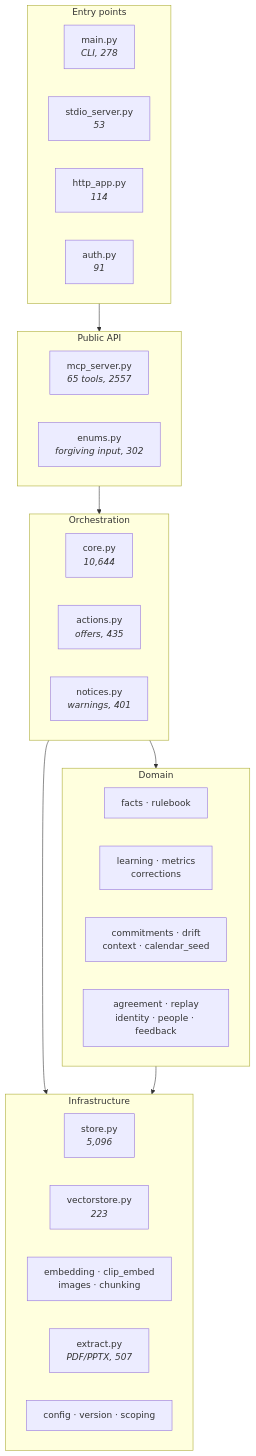
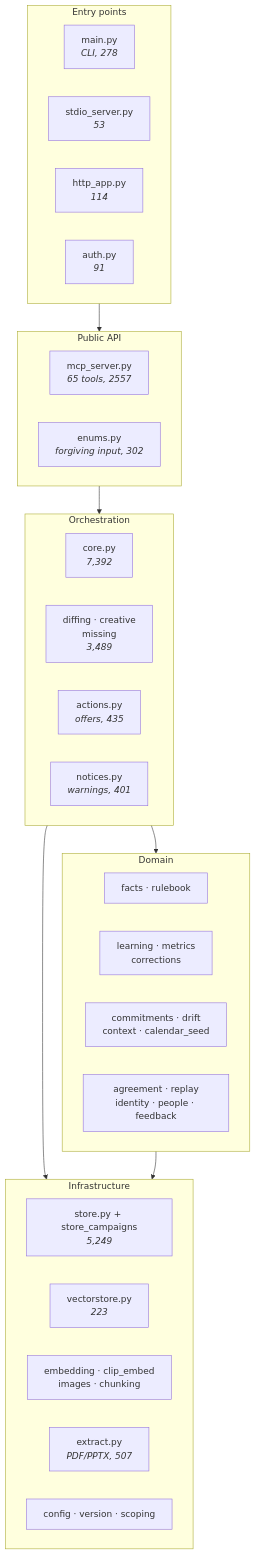
The diagram in code-walkthrough.md (nilubhatt/campaign-poc), drawn with Mermaid before and after one commit. The commit also changed other lines of this file and 1 other file, not shown here.

First line of the commit message:
ci: bound the installer steps; docs: follow the split

````diff
--- a/code-walkthrough.md
+++ b/code-walkthrough.md
@@ -15,34 +15,35 @@
 ```mermaid
 flowchart TB
     subgraph entry["Entry points"]
         main["main.py<br/><i>CLI, 278</i>"]
         stdio["stdio_server.py<br/><i>53</i>"]
         http["http_app.py<br/><i>114</i>"]
         auth["auth.py<br/><i>91</i>"]
     end
     subgraph api["Public API"]
         mcp["mcp_server.py<br/><i>65 tools, 2557</i>"]
         enums["enums.py<br/><i>forgiving input, 302</i>"]
     end
     subgraph orch["Orchestration"]
-        core["core.py<br/><i>10,644</i>"]
+        core["core.py<br/><i>7,392</i>"]
+        split["diffing · creative<br/>missing<br/><i>3,489</i>"]
         actions["actions.py<br/><i>offers, 435</i>"]
         notices["notices.py<br/><i>warnings, 401</i>"]
     end
     subgraph dom["Domain"]
         facts["facts · rulebook"]
         learn["learning · metrics<br/>corrections"]
         exec["commitments · drift<br/>context · calendar_seed"]
         judge["agreement · replay<br/>identity · people · feedback"]
     end
     subgraph infra["Infrastructure"]
-        store["store.py<br/><i>5,096</i>"]
+        store["store.py + store_campaigns<br/><i>5,249</i>"]
         vec["vectorstore.py<br/><i>223</i>"]
         emb["embedding · clip_embed<br/>images · chunking"]
         ext["extract.py<br/><i>PDF/PPTX, 507</i>"]
         cfg["config · version · scoping"]
     end
     entry --> api --> orch --> dom
     orch --> infra
     dom --> infra
 ```
````
